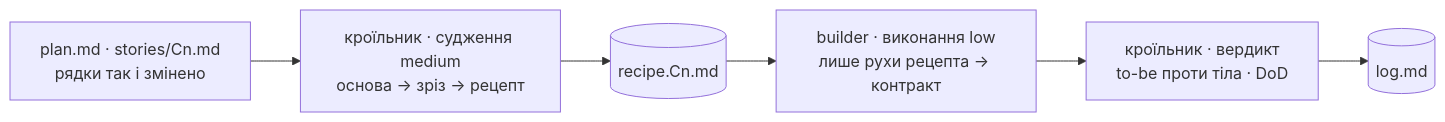
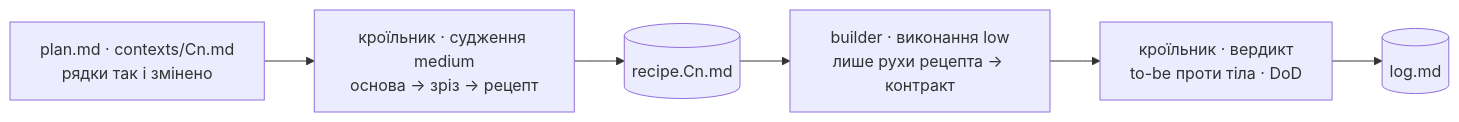
One commit to romxnb/restrukt changed the diagram in skills/restrukt/references/apply.md. Above: the diagram before and after it, drawn with Mermaid. The commit also changed other lines of this file and 22 other files, not shown here.

````diff
--- a/skills/restrukt/references/apply.md
+++ b/skills/restrukt/references/apply.md
@@ -7,8 +7,8 @@
 ```mermaid
 flowchart LR
-  P[plan.md · stories/Cn.md<br/>рядки так і змінено] --> K["кроїльник · судження medium<br/>основа → зріз → рецепт"]
+  P[plan.md · contexts/Cn.md<br/>рядки так і змінено] --> K["кроїльник · судження medium<br/>основа → зріз → рецепт"]
   K --> R[(recipe.Cn.md)]
   R --> B["builder · виконання low<br/>лише рухи рецепта → контракт"]
   B --> V["кроїльник · вердикт<br/>to-be проти тіла · DoD"]
   V --> L[(log.md)]
 ```
````
